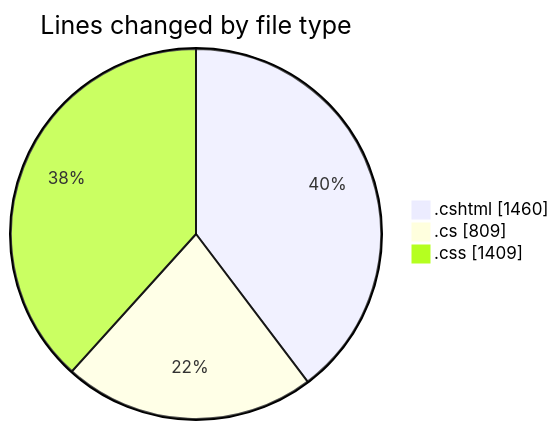
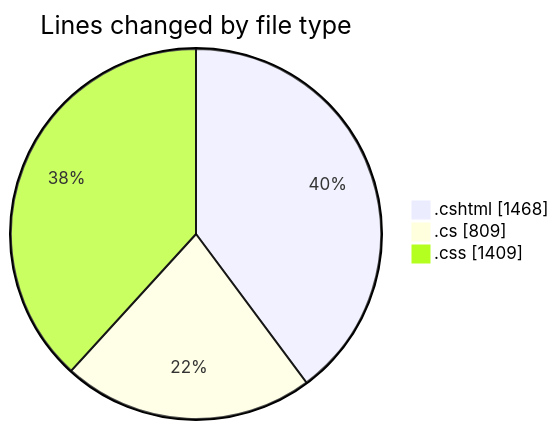
Before and after one commit to lephambinh05/code-tracking: the first of 2 diagrams in 2025-07-18/nhahang/README.md, drawn with Mermaid. The commit also changed other lines of this file and 1 other file, not shown here.

````diff
--- a/2025-07-18/nhahang/README.md
+++ b/2025-07-18/nhahang/README.md
@@ -45,7 +45,7 @@
 ```mermaid
 pie showData
 title Lines changed by file type
-".cshtml" : 1460
+".cshtml" : 1468
 ".cs" : 809
 ".css" : 1409
 ```
````
